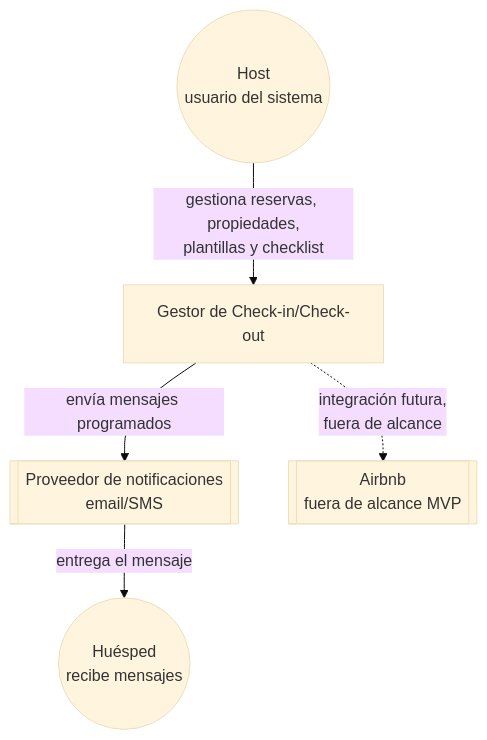
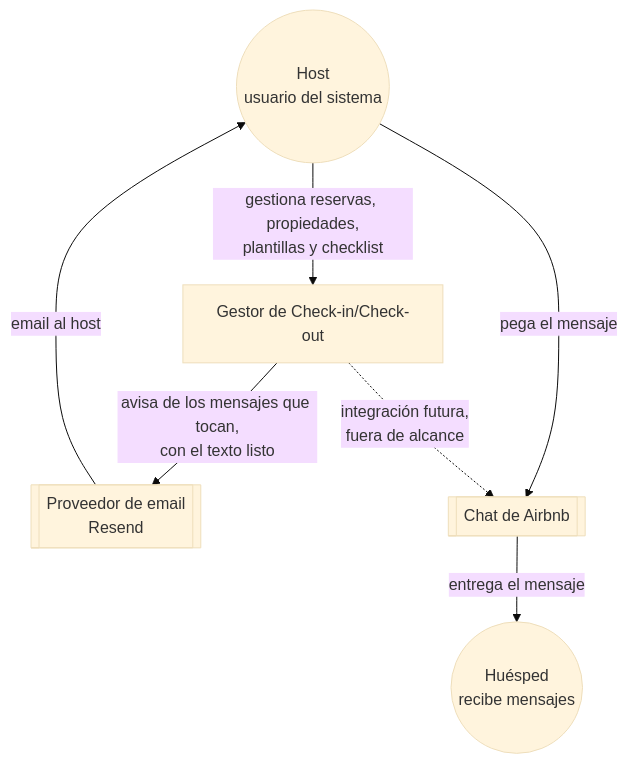
One commit to jngomez21/SuperHost-Gestor changed the first of 3 diagrams in ARCHITECTURE.md. Above: the diagram before and after it, drawn with Mermaid (base theme). The commit also changed other lines of this file and 2 other files, not shown here.

Commit message:
Fase 3: plan de mensajería por copiar y pegar en Airbnb (ADR-006)

````diff
--- a/ARCHITECTURE.md
+++ b/ARCHITECTURE.md
@@ -7,15 +7,17 @@
 ```mermaid
 flowchart TB
     Host((Host<br/>usuario del sistema))
     Guest((Huésped<br/>recibe mensajes))
 
     System[Gestor de Check-in/Check-out]
 
-    NotifProvider[[Proveedor de notificaciones<br/>email/SMS]]
-    Airbnb[[Airbnb<br/>fuera de alcance MVP]]
+    NotifProvider[[Proveedor de email<br/>Resend]]
+    Airbnb[[Chat de Airbnb]]
 
     Host -->|gestiona reservas, propiedades,<br/>plantillas y checklist| System
-    System -->|envía mensajes programados| NotifProvider
-    NotifProvider -->|entrega el mensaje| Guest
+    System -->|avisa de los mensajes que tocan,<br/>con el texto listo| NotifProvider
+    NotifProvider -->|email al host| Host
+    Host -->|pega el mensaje| Airbnb
+    Airbnb -->|entrega el mensaje| Guest
     System -.->|integración futura,<br/>fuera de alcance| Airbnb
 ```
````
